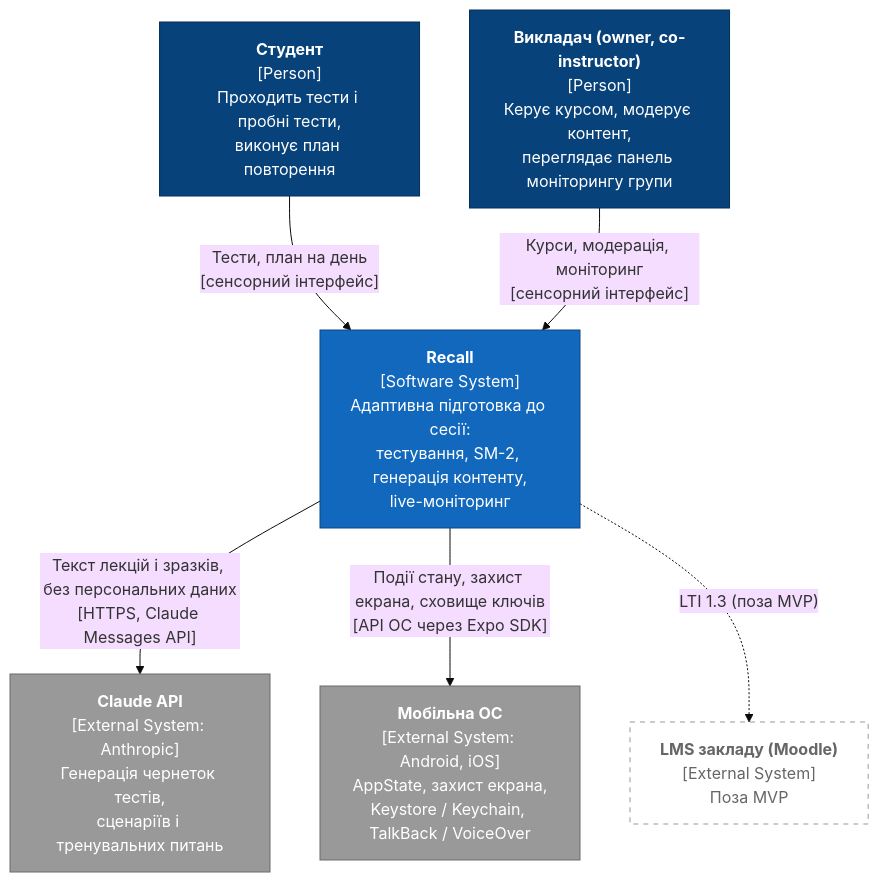
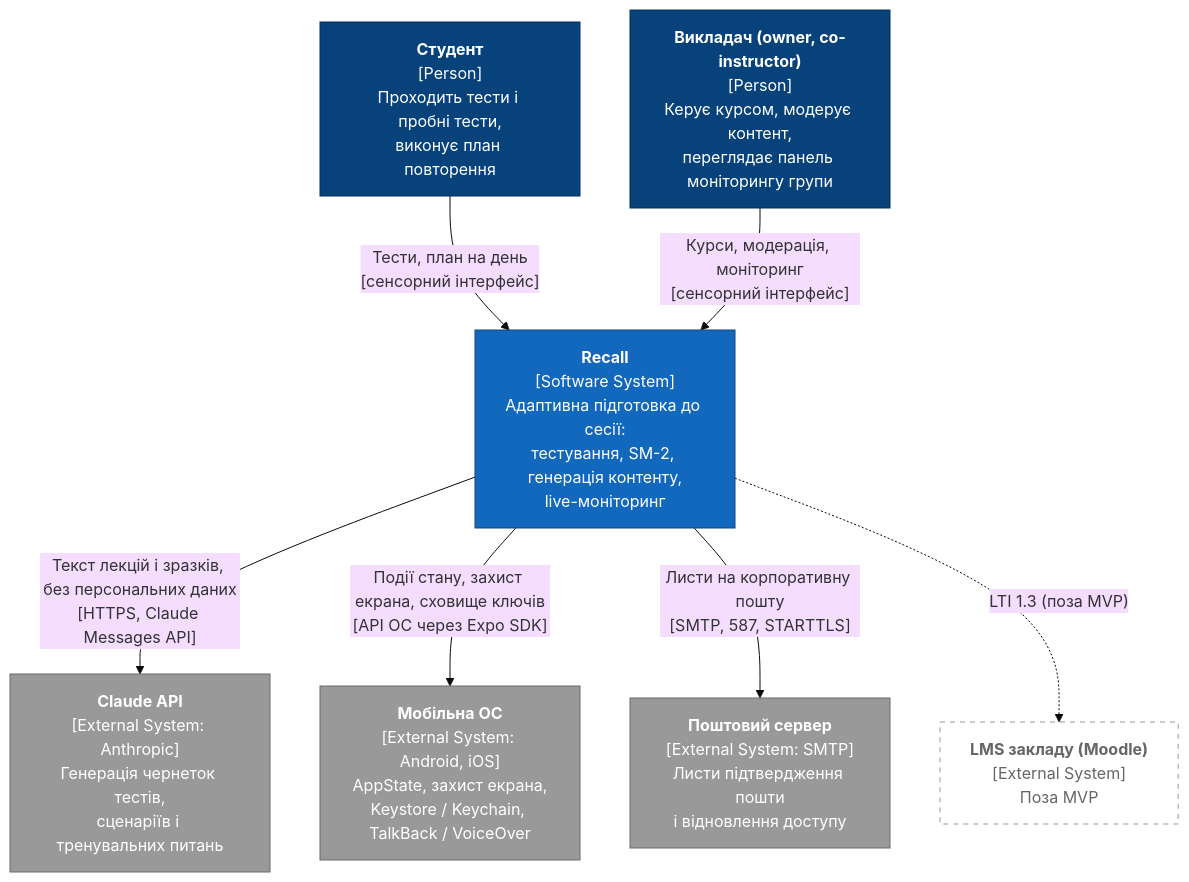
One commit to MarcoGr11/Recall changed the first of 4 diagrams in docs/2_design.md. Above: the diagram before and after it, drawn with Mermaid (base theme). The commit also changed other lines of this file and 5 other files, not shown here.

````diff
--- a/docs/2_design.md
+++ b/docs/2_design.md
@@ -145,24 +145,26 @@
 ```mermaid
 flowchart TB
     student["<b>Студент</b><br/>[Person]<br/>Проходить тести і пробні тести,<br/>виконує план повторення"]
     teacher["<b>Викладач (owner, co-instructor)</b><br/>[Person]<br/>Керує курсом, модерує контент,<br/>переглядає панель моніторингу групи"]
     recall["<b>Recall</b><br/>[Software System]<br/>Адаптивна підготовка до сесії:<br/>тестування, SM-2, генерація контенту,<br/>live-моніторинг"]
     claude["<b>Claude API</b><br/>[External System: Anthropic]<br/>Генерація чернеток тестів,<br/>сценаріїв і тренувальних питань"]
     os["<b>Мобільна ОС</b><br/>[External System: Android, iOS]<br/>AppState, захист екрана,<br/>Keystore / Keychain, TalkBack / VoiceOver"]
+    smtp["<b>Поштовий сервер</b><br/>[External System: SMTP]<br/>Листи підтвердження пошти<br/>і відновлення доступу"]
     lms["<b>LMS закладу (Moodle)</b><br/>[External System]<br/>Поза MVP"]
 
     student -- "Тести, план на день<br/>[сенсорний інтерфейс]" --> recall
     teacher -- "Курси, модерація, моніторинг<br/>[сенсорний інтерфейс]" --> recall
     recall -- "Текст лекцій і зразків, без персональних даних<br/>[HTTPS, Claude Messages API]" --> claude
     recall -- "Події стану, захист екрана, сховище ключів<br/>[API ОС через Expo SDK]" --> os
+    recall -- "Листи на корпоративну пошту<br/>[SMTP, 587, STARTTLS]" --> smtp
     recall -. "LTI 1.3 (поза MVP)" .-> lms
 
     classDef person fill:#08427b,stroke:#052e56,color:#fff
     classDef system fill:#1168bd,stroke:#0b4884,color:#fff
     classDef ext fill:#999999,stroke:#6b6b6b,color:#fff
     classDef future fill:#ffffff,stroke:#999999,color:#666666,stroke-dasharray:5 5
     class student,teacher person
     class recall system
-    class claude,os ext
+    class claude,os,smtp ext
     class lms future
 ```
````
